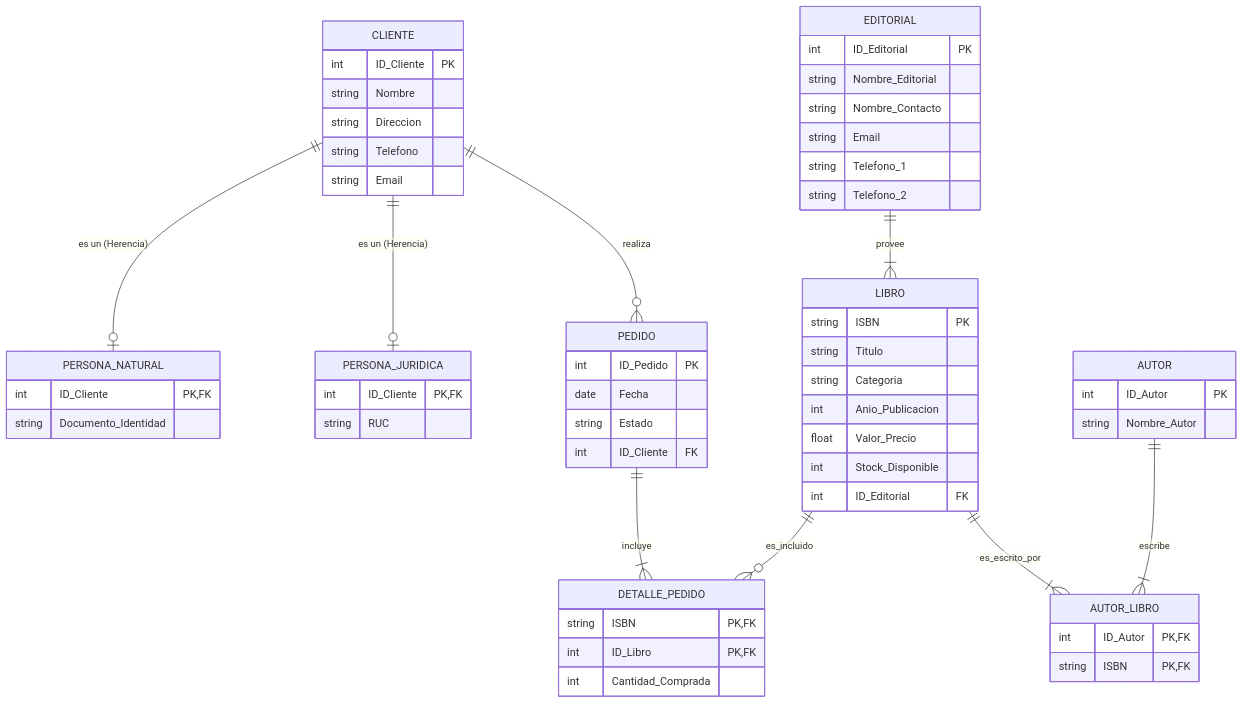
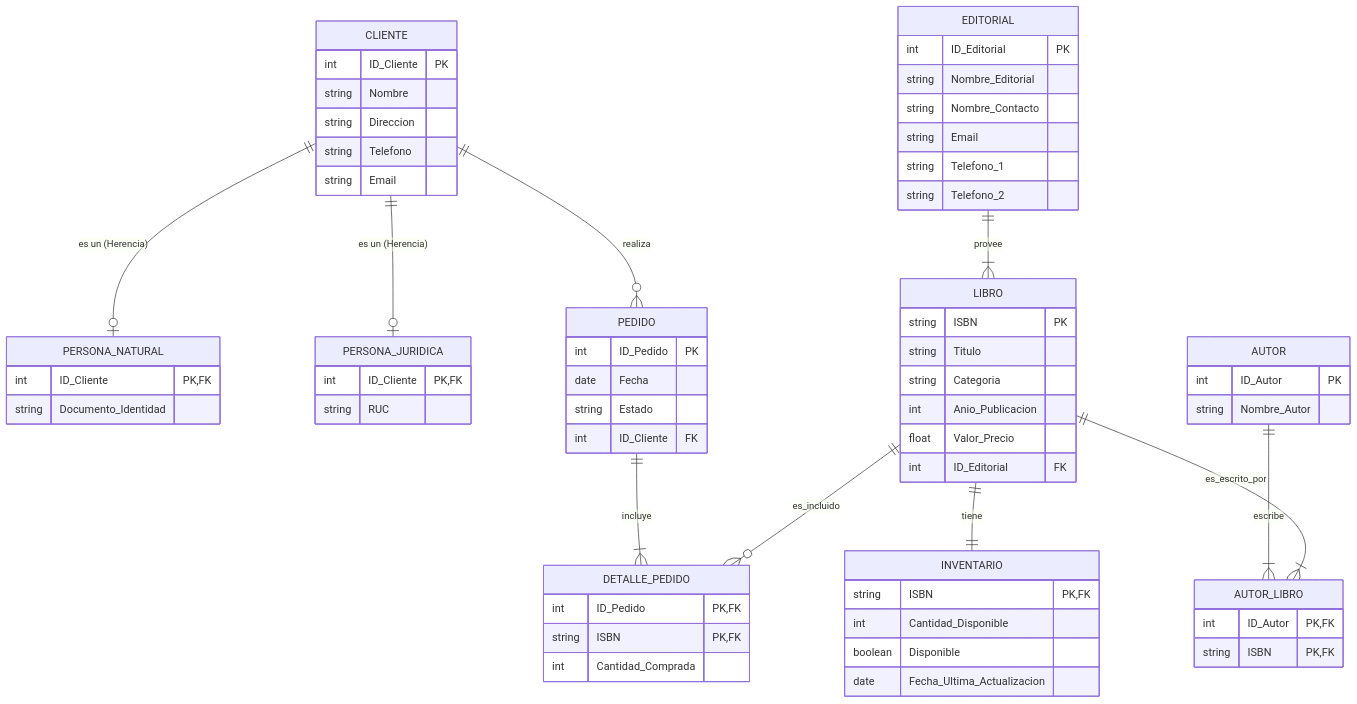
One commit to ShoveX1/Dise-o-Conceptual-DB changed the second of 2 diagrams in README.md. Above: the diagram before and after it, drawn with Mermaid. The commit also changed other lines of this file, not shown here.

Commit message:
fix: miss the entity inventario : solved

```diff
--- a/README.md
+++ b/README.md
@@ -115,8 +122,14 @@
         string Categoria
         int Anio_Publicacion
         float Valor_Precio
-        int Stock_Disponible
         int ID_Editorial FK
+    }
+
+    INVENTARIO {
+        string ISBN PK, FK
+        int Cantidad_Disponible
+        boolean Disponible
+        date Fecha_Ultima_Actualizacion
     }
 
     EDITORIAL {
@@ -145,6 +158,9 @@
     %% Relación Editorial - Libro (1:N)
     EDITORIAL ||--|{ LIBRO : "provee"
 
+    %% Relación Libro - Inventario (1:1)
+    LIBRO ||--|| INVENTARIO : "tiene"
+
     %% Relación Muchos a Muchos (M:N) resuelta con tablas intermedias/asociativas
     
     %% Detalle de Pedido (Contiene)
@@ -152,8 +168,8 @@
     LIBRO ||--o{ DETALLE_PEDIDO : "es_incluido"
     
     DETALLE_PEDIDO {
+        int ID_Pedido PK, FK
         string ISBN PK, FK
-        int ID_Libro PK, FK
         int Cantidad_Comprada
     }
 
```
